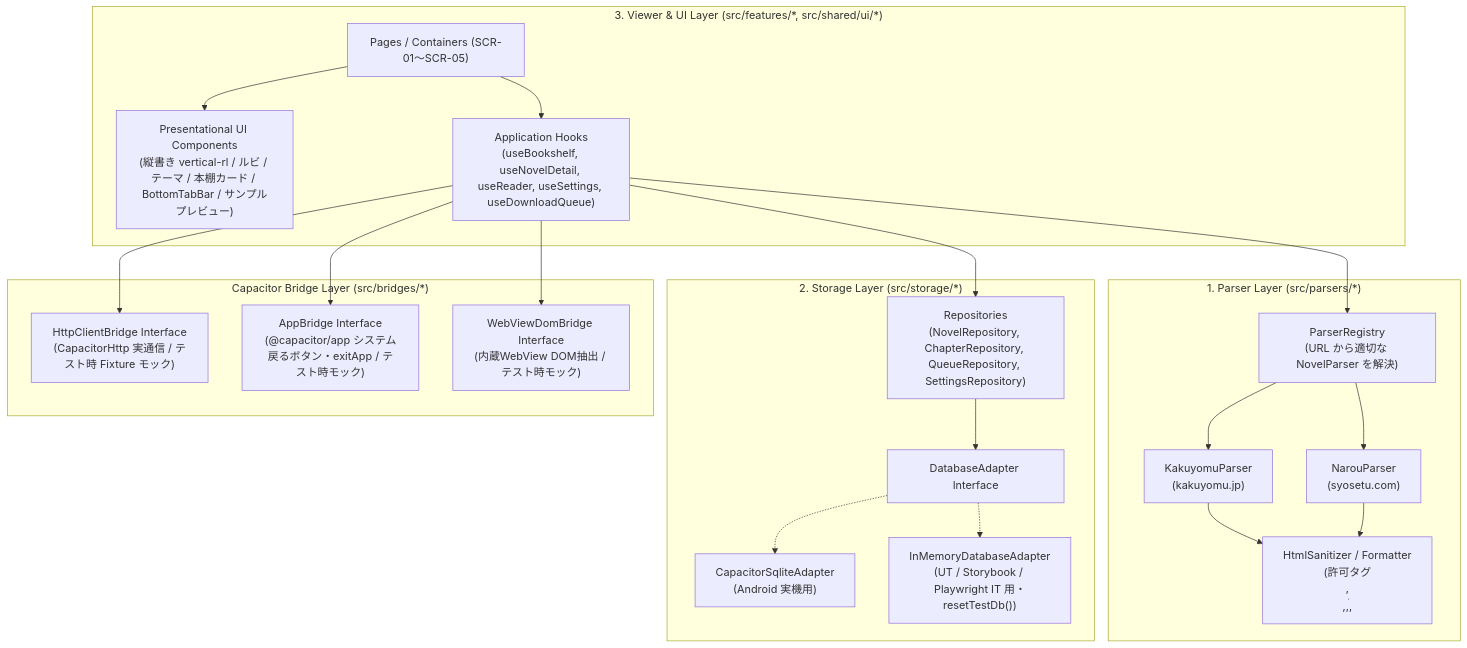
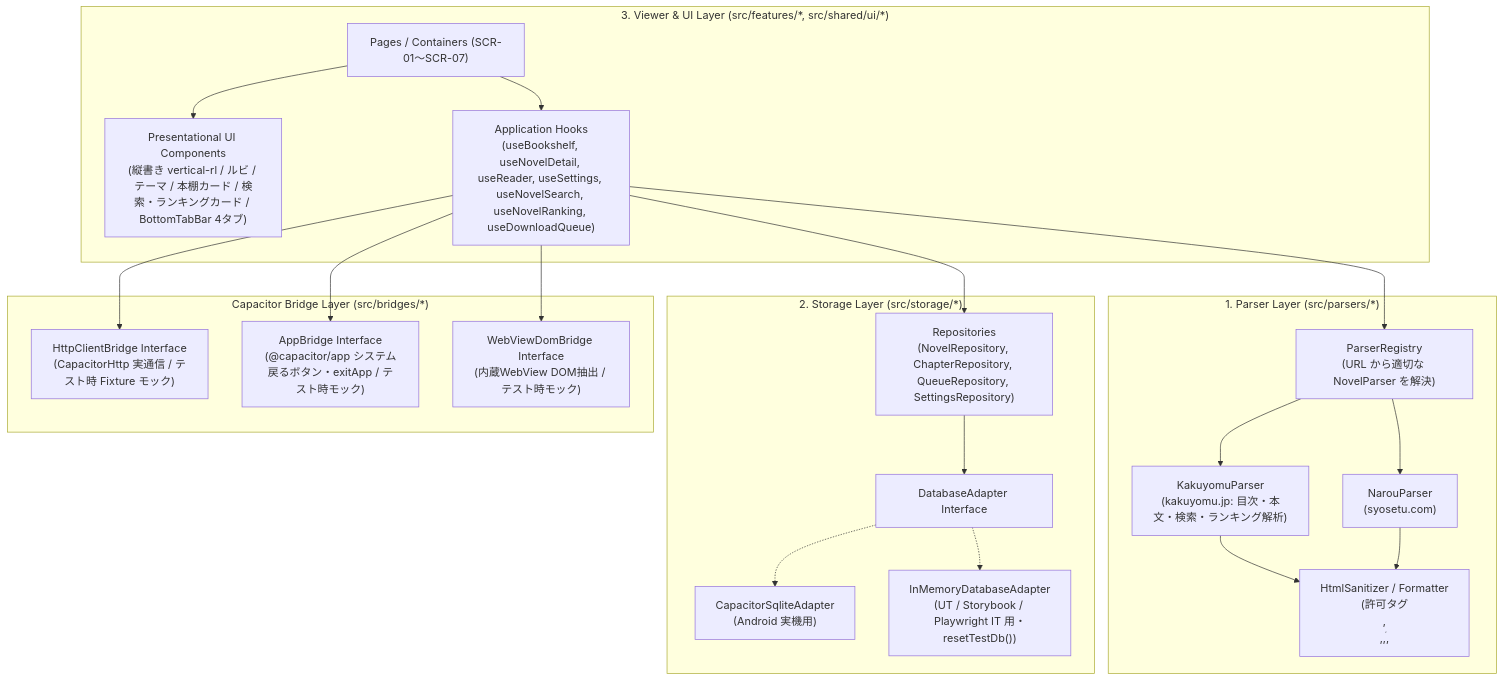
The diagram in docs/specs/architecture.md (high-soar/Yommy), drawn with Mermaid before and after one commit. The commit also changed other lines of this file and 9 other files, not shown here.

````diff
--- a/docs/specs/architecture.md
+++ b/docs/specs/architecture.md
@@ -50,43 +56,43 @@
 ```mermaid
 flowchart TB
     subgraph UILayer ["3. Viewer & UI Layer (src/features/*, src/shared/ui/*)"]
-        Pages["Pages / Containers (SCR-01〜SCR-05)"]
-        Components["Presentational UI Components<br>(縦書き vertical-rl / ルビ / テーマ / 本棚カード / BottomTabBar / サンプルプレビュー)"]
-        Hooks["Application Hooks<br>(useBookshelf, useNovelDetail, useReader, useSettings, useDownloadQueue)"]
+        Pages["Pages / Containers (SCR-01〜SCR-07)"]
+        Components["Presentational UI Components<br>(縦書き vertical-rl / ルビ / テーマ / 本棚カード / 検索・ランキングカード / BottomTabBar 4タブ)"]
+        Hooks["Application Hooks<br>(useBookshelf, useNovelDetail, useReader, useSettings, useNovelSearch, useNovelRanking, useDownloadQueue)"]
         Pages --> Components
         Pages --> Hooks
     end
 
     subgraph ParserLayer ["1. Parser Layer (src/parsers/*)"]
         Registry["ParserRegistry<br>(URL から適切な NovelParser を解決)"]
-        Kakuyomu["KakuyomuParser<br>(kakuyomu.jp)"]
+        Kakuyomu["KakuyomuParser<br>(kakuyomu.jp: 目次・本文・検索・ランキング解析)"]
         Narou["NarouParser<br>(syosetu.com)"]
         Sanitizer["HtmlSanitizer / Formatter<br>(許可タグ <p>,<br>,<ruby>,<rb>,<rt>,<rp>,<em> のみ保持)"]
         Registry --> Kakuyomu
         Registry --> Narou
         Kakuyomu --> Sanitizer
         Narou --> Sanitizer
     end
 
     subgraph StorageLayer ["2. Storage Layer (src/storage/*)"]
         Repos["Repositories<br>(NovelRepository, ChapterRepository, QueueRepository, SettingsRepository)"]
         DbAdapter["DatabaseAdapter Interface"]
         SqliteImpl["CapacitorSqliteAdapter<br>(Android 実機用)"]
         MemImpl["InMemoryDatabaseAdapter<br>(UT / Storybook / Playwright IT 用・resetTestDb())"]
         Repos --> DbAdapter
         DbAdapter -.-> SqliteImpl
         DbAdapter -.-> MemImpl
     end
 
     subgraph BridgeLayer ["Capacitor Bridge Layer (src/bridges/*)"]
         HttpBridge["HttpClientBridge Interface<br>(CapacitorHttp 実通信 / テスト時 Fixture モック)"]
         AppBridge["AppBridge Interface<br>(@capacitor/app システム戻るボタン・exitApp / テスト時モック)"]
         WebViewBridge["WebViewDomBridge Interface<br>(内蔵WebView DOM抽出 / テスト時モック)"]
     end
 
     Hooks --> Registry
     Hooks --> Repos
     Hooks --> HttpBridge
     Hooks --> AppBridge
     Hooks --> WebViewBridge
 ```
````
